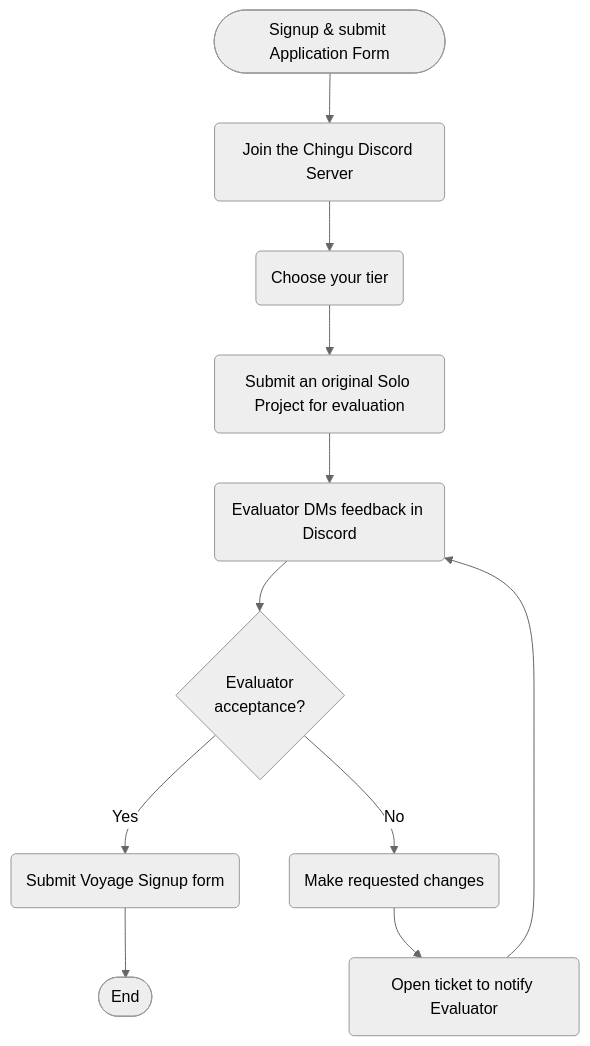
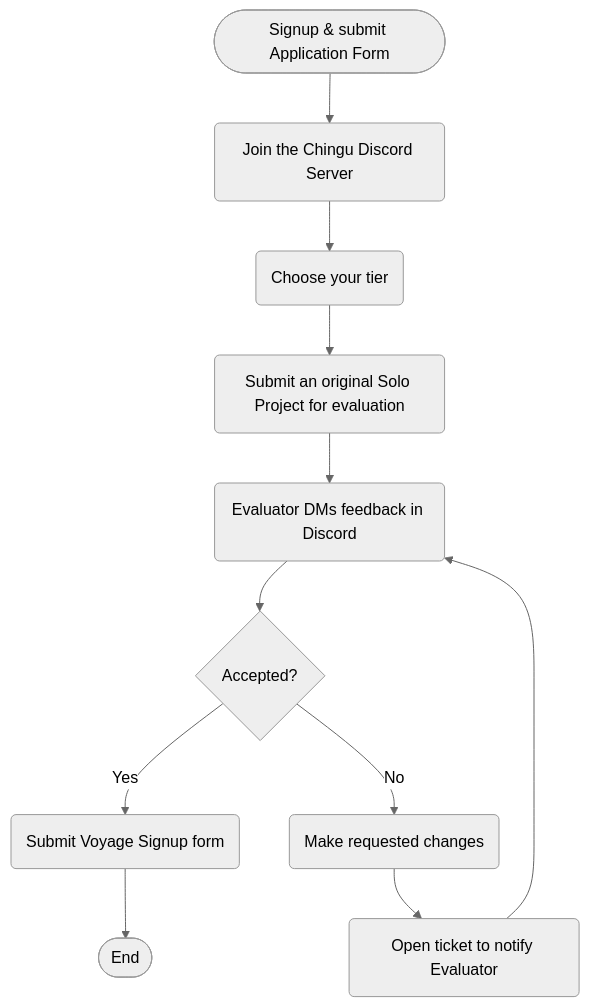
One commit to chingu-voyages/Handbook changed the first of 2 diagrams in README.md. Above: the diagram before and after it, drawn with Mermaid (neutral theme).

Commit message:
Feature: Add onboarding flowchart

````diff
--- a/README.md
+++ b/README.md
@@ -50,13 +50,13 @@
 ```mermaid
 flowchart TB
    A(["Signup & submit Application Form"]) --> B(Join the Chingu Discord Server);
    B --> C(Choose your tier);
    C --> D(Submit an original Solo Project for evaluation);
    D --> E(Evaluator DMs feedback in Discord);
-   E --> F{Evaluator</br>acceptance?};
+   E --> F{Accepted?};
    F -- Yes --> G(Submit Voyage Signup form);
    F -- No --> H(Make requested changes);
    H --> I(Open ticket to notify Evaluator);
    I --> E;
    G --> Z([End]);
 ```
````
